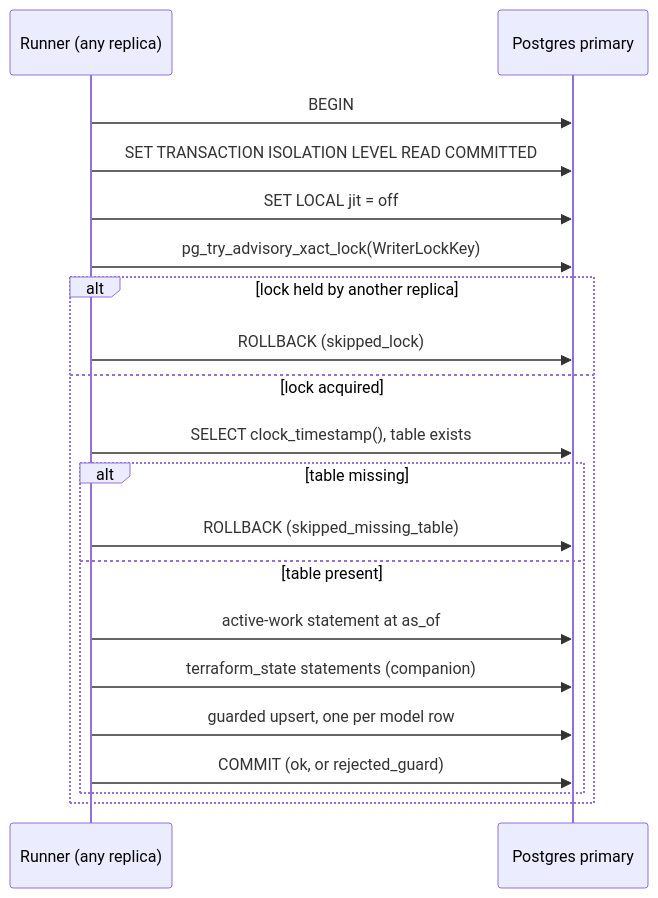
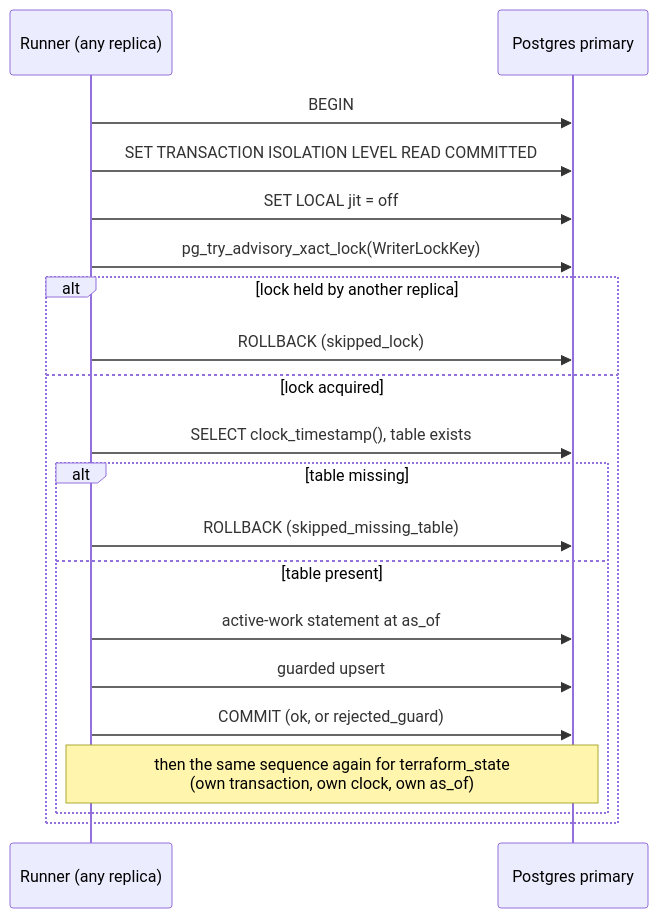
Before and after one commit to eshu-hq/eshu: the diagram in go/internal/reducer/status/summary/README.md, drawn with Mermaid. The commit also changed other lines of this file and 24 other files, not shown here.

First line of the commit message:
status: write each summary model row in its own transaction

````diff
--- a/go/internal/reducer/status/summary/README.md
+++ b/go/internal/reducer/status/summary/README.md
@@ -34,22 +34,22 @@
 ```mermaid
 sequenceDiagram
     participant R as Runner (any replica)
     participant P as Postgres primary
     R->>P: BEGIN
     R->>P: SET TRANSACTION ISOLATION LEVEL READ COMMITTED
     R->>P: SET LOCAL jit = off
     R->>P: pg_try_advisory_xact_lock(WriterLockKey)
     alt lock held by another replica
         R->>P: ROLLBACK (skipped_lock)
     else lock acquired
         R->>P: SELECT clock_timestamp(), table exists
         alt table missing
             R->>P: ROLLBACK (skipped_missing_table)
         else table present
             R->>P: active-work statement at as_of
-            R->>P: terraform_state statements (companion)
-            R->>P: guarded upsert, one per model row
+            R->>P: guarded upsert
             R->>P: COMMIT (ok, or rejected_guard)
+            Note over R,P: then the same sequence again for terraform_state<br/>(own transaction, own clock, own as_of)
         end
     end
 ```
````
